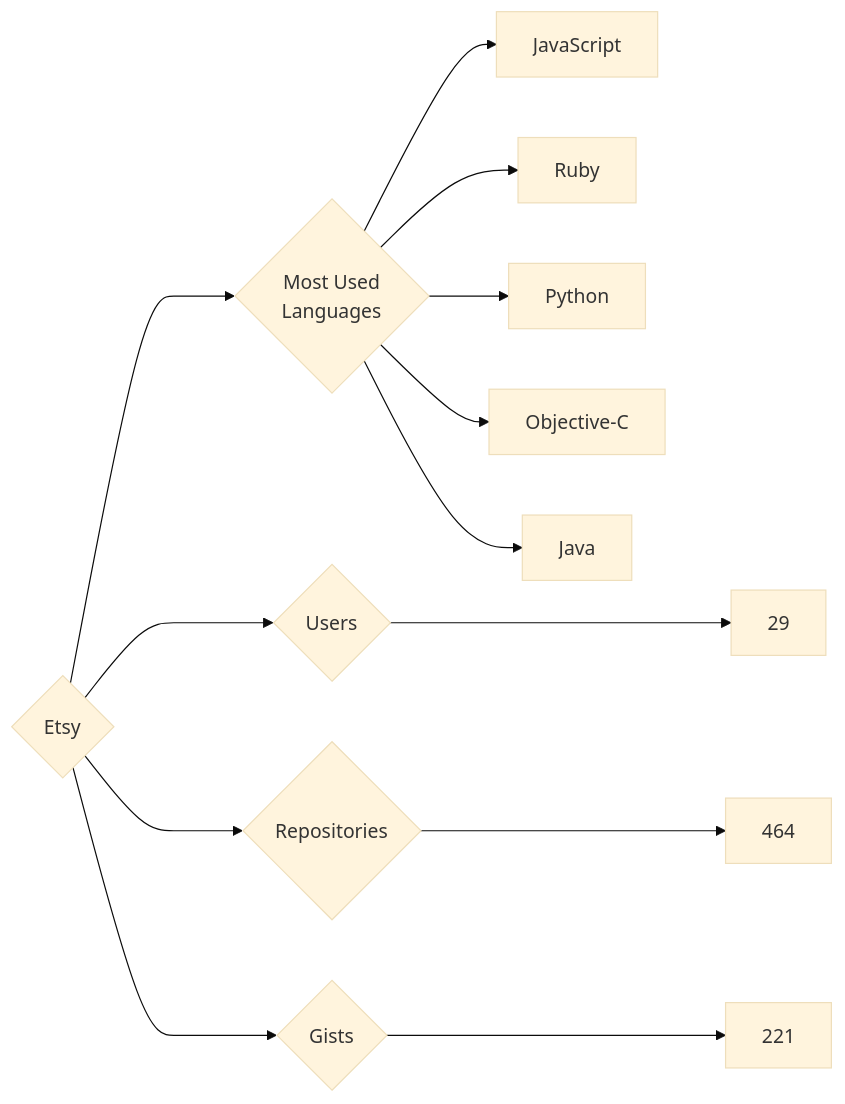
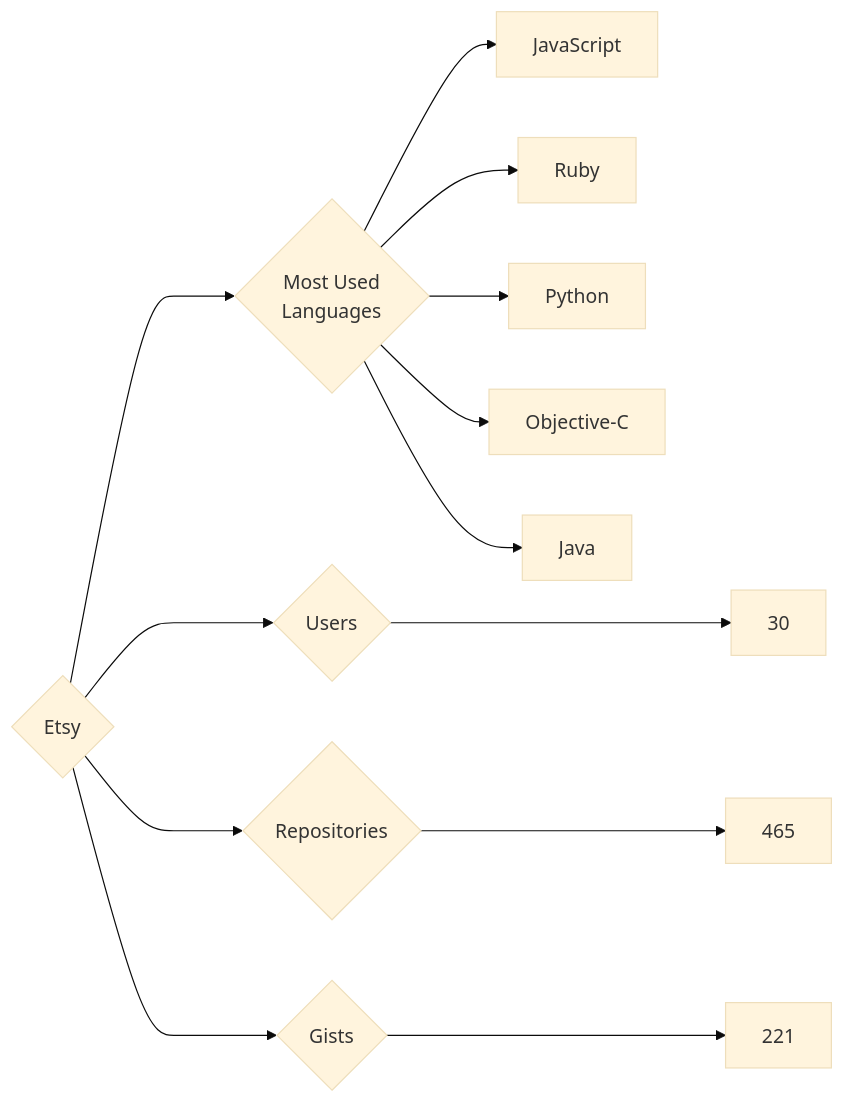
The diagram in targets/Etsy/README.md (trickest/insiders), drawn with Mermaid (base theme) before and after one commit. The commit also changed 924 other files, not shown here.

````diff
--- a/targets/Etsy/README.md
+++ b/targets/Etsy/README.md
@@ -3,13 +3,13 @@
 ```mermaid
 graph LR
 COMPANY_NAME{Etsy}
-COMPANY_NAME ---> U{Users} ---> UN[29]
-COMPANY_NAME ---> R{Repositories} ---> RN[464]
+COMPANY_NAME ---> U{Users} ---> UN[30]
+COMPANY_NAME ---> R{Repositories} ---> RN[465]
 COMPANY_NAME ---> G{Gists} ---> GN[221]
 COMPANY_NAME ---> ML{Most Used<br>Languages}
 ML --> JavaScript[JavaScript]
 ML --> Ruby[Ruby]
 ML --> Python[Python]
 ML --> Objective-C[Objective-C]
 ML --> Java[Java]
 ```
````
